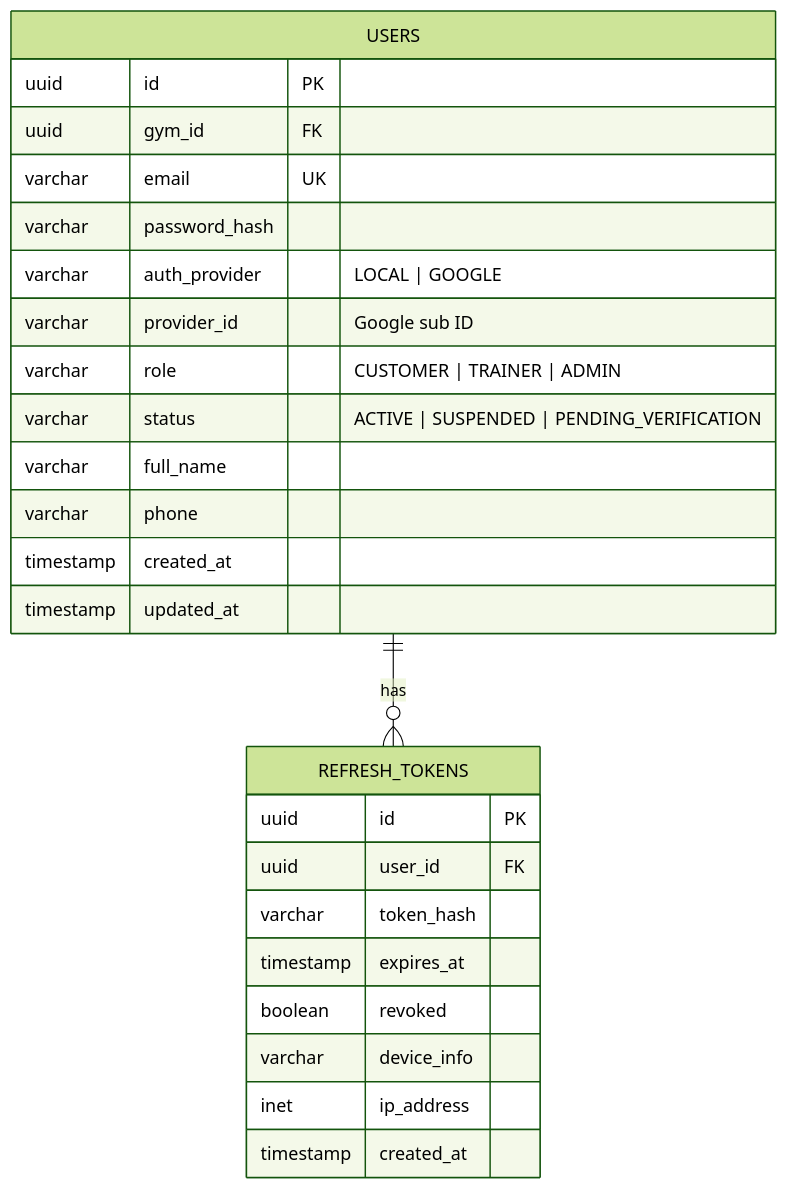
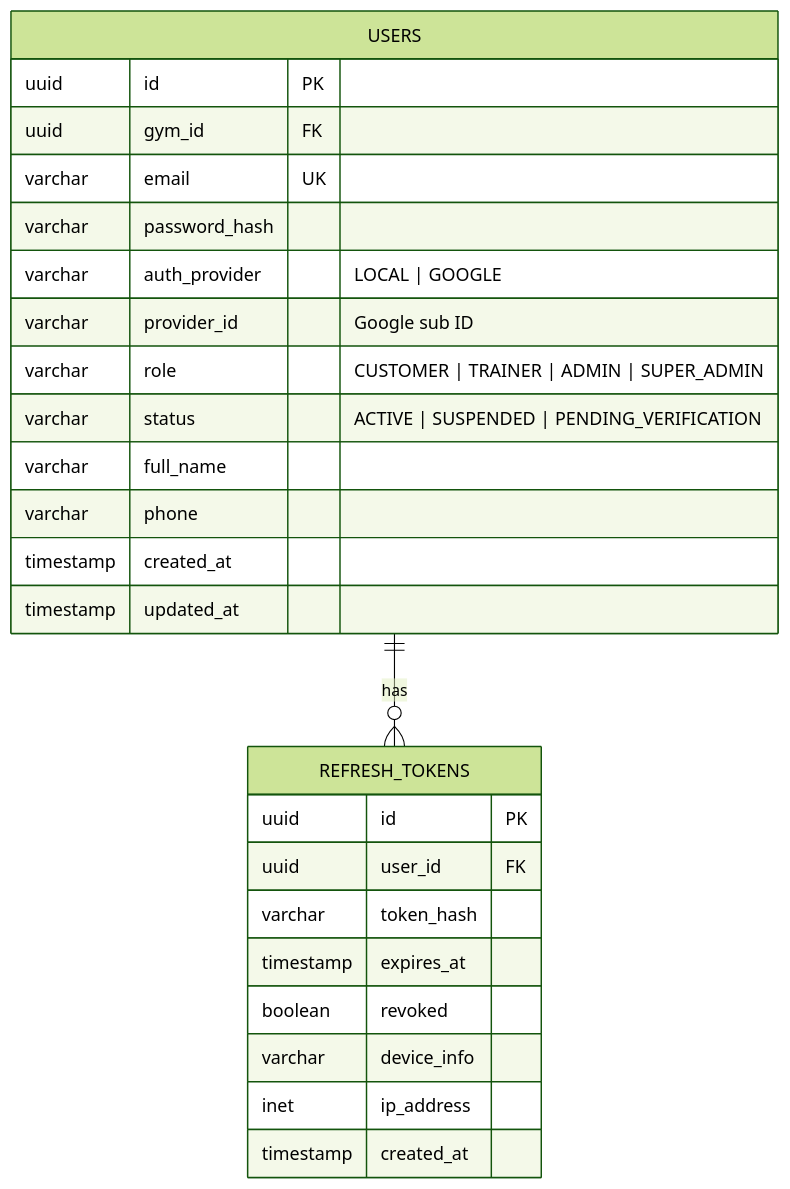
The first of 5 diagrams in services/01-ms-gym-identifier.md (pploc/gym-architect), drawn with Mermaid (forest theme) before and after one commit. The commit also changed other lines of this file and 15 other files, not shown here.

````diff
--- a/services/01-ms-gym-identifier.md
+++ b/services/01-ms-gym-identifier.md
@@ -18,30 +19,30 @@
 ```mermaid
 erDiagram
     USERS {
         uuid id PK
         uuid gym_id FK
         varchar email UK
         varchar password_hash
         varchar auth_provider "LOCAL | GOOGLE"
         varchar provider_id "Google sub ID"
-        varchar role "CUSTOMER | TRAINER | ADMIN"
+        varchar role "CUSTOMER | TRAINER | ADMIN | SUPER_ADMIN"
         varchar status "ACTIVE | SUSPENDED | PENDING_VERIFICATION"
         varchar full_name
         varchar phone
         timestamp created_at
         timestamp updated_at
     }
 
     REFRESH_TOKENS {
         uuid id PK
         uuid user_id FK
         varchar token_hash
         timestamp expires_at
         boolean revoked
         varchar device_info
         inet ip_address
         timestamp created_at
     }
 
     USERS ||--o{ REFRESH_TOKENS : "has"
 ```
````
